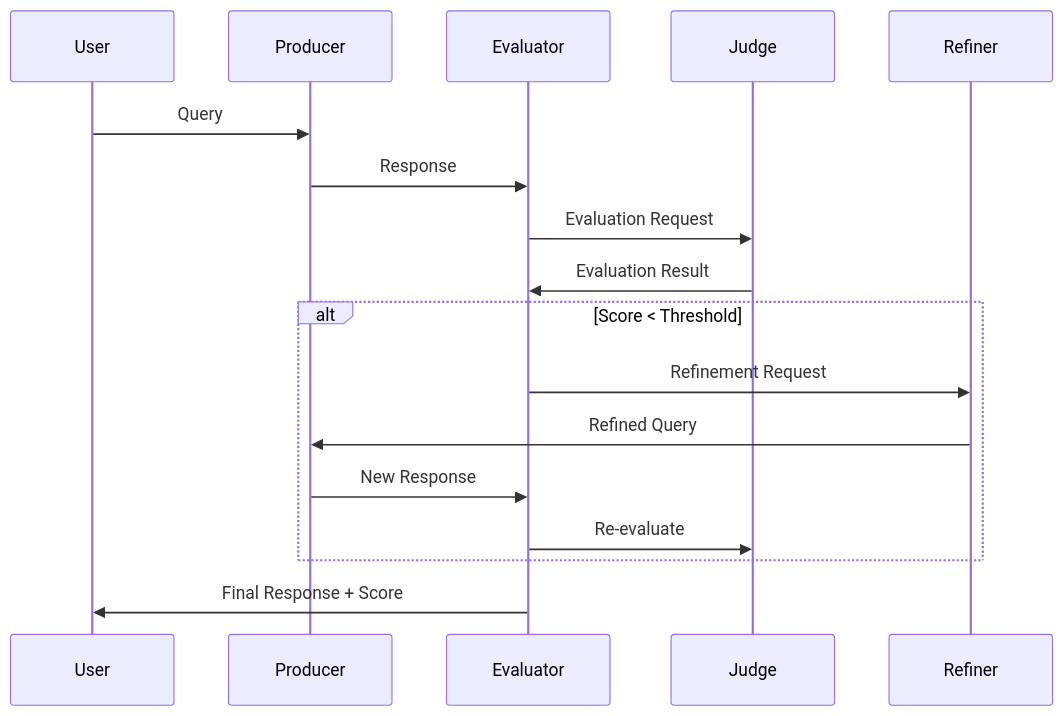
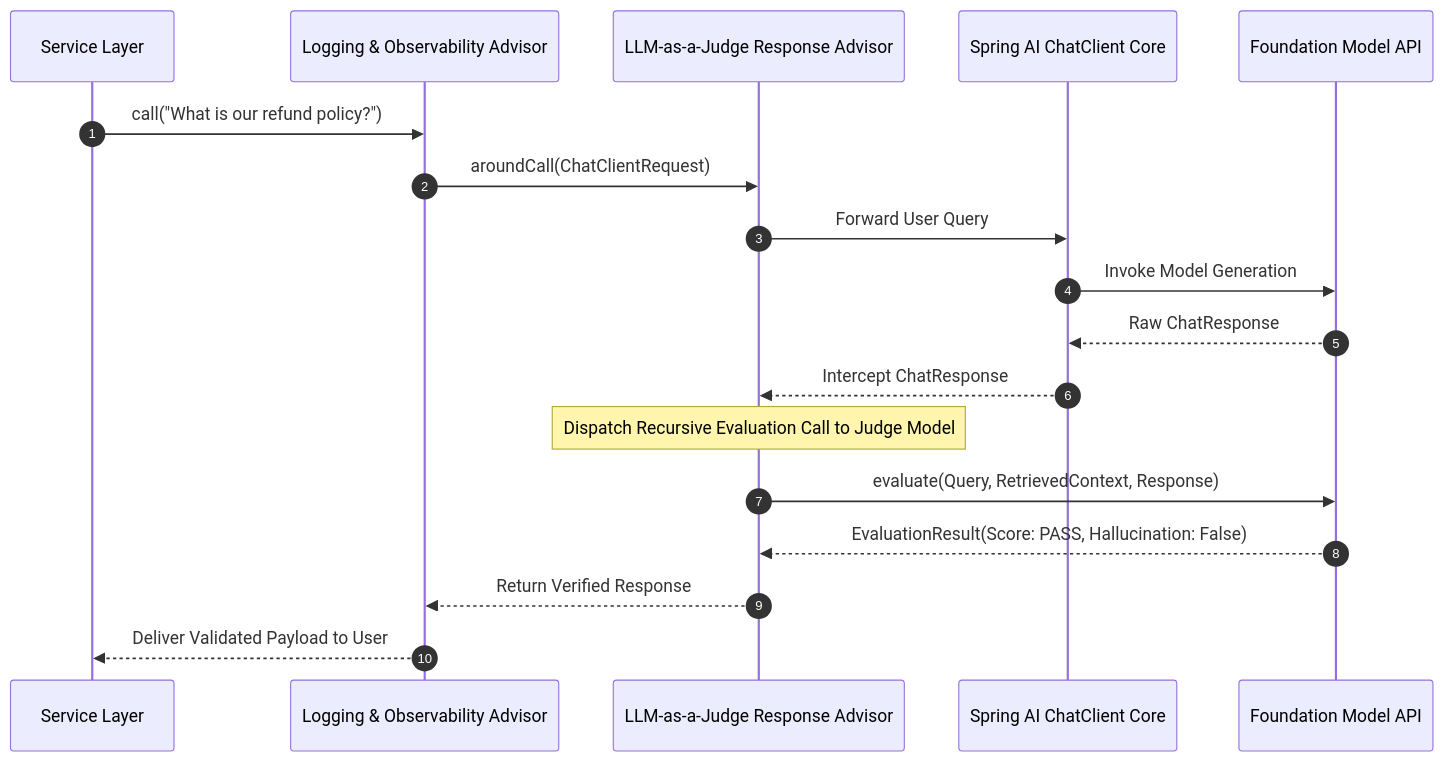
Before and after one commit to akillness/akillness.github.io: the third of 4 diagrams in _posts/2025/11/2025-11-10-spring-ai-llm-as-judge.md, drawn with Mermaid. The commit also changed other lines of this file and 1 other file, not shown here.

Commit message:
archive(dev): rebuild spring-ai-llm-as-judge from 2025-11 note

````diff
--- a/_posts/2025/11/2025-11-10-spring-ai-llm-as-judge.md
+++ b/_posts/2025/11/2025-11-10-spring-ai-llm-as-judge.md
@@ -295,22 +78,21 @@
 ```mermaid
 sequenceDiagram
-    participant User
-    participant Producer
-    participant Evaluator
-    participant Judge
-    participant Refiner
+    autonumber
+    participant App as Service Layer
+    participant Adv1 as Logging & Observability Advisor
+    participant Adv2 as LLM-as-a-Judge Response Advisor
+    participant Core as Spring AI ChatClient Core
+    participant Model as Foundation Model API
 
-    User->>Producer: Query
-    Producer->>Evaluator: Response
-    Evaluator->>Judge: Evaluation Request
-    Judge->>Evaluator: Evaluation Result
-
-    alt Score < Threshold
-        Evaluator->>Refiner: Refinement Request
-        Refiner->>Producer: Refined Query
-        Producer->>Evaluator: New Response
-        Evaluator->>Judge: Re-evaluate
-    end
-
-    Evaluator->>User: Final Response + Score
+    App->>Adv1: call("What is our refund policy?")
+    Adv1->>Adv2: aroundCall(ChatClientRequest)
+    Adv2->>Core: Forward User Query
+    Core->>Model: Invoke Model Generation
+    Model-->>Core: Raw ChatResponse
+    Core-->>Adv2: Intercept ChatResponse
+    Note over Adv2: Dispatch Recursive Evaluation Call to Judge Model
+    Adv2->>Model: evaluate(Query, RetrievedContext, Response)
+    Model-->>Adv2: EvaluationResult(Score: PASS, Hallucination: False)
+    Adv2-->>Adv1: Return Verified Response
+    Adv1-->>App: Deliver Validated Payload to User
 ```
````
